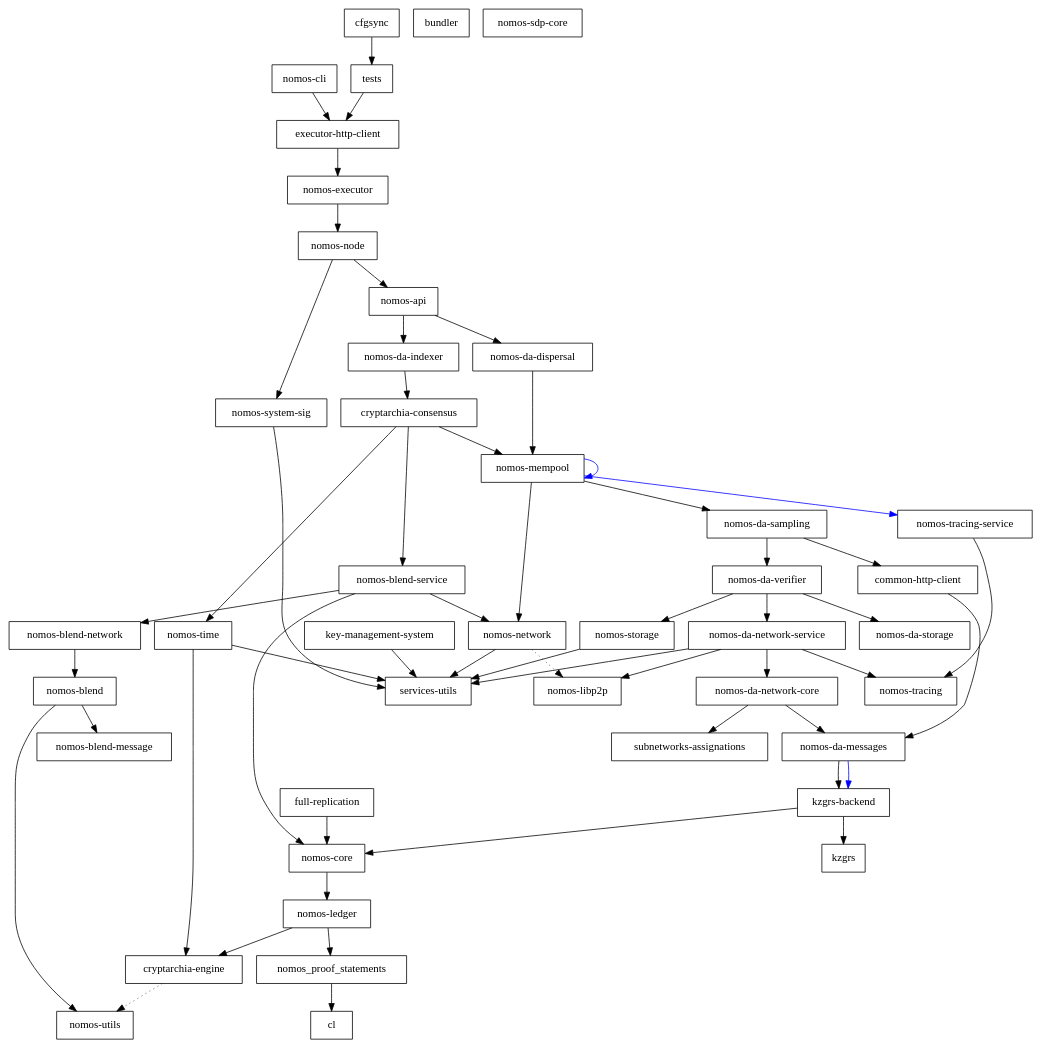
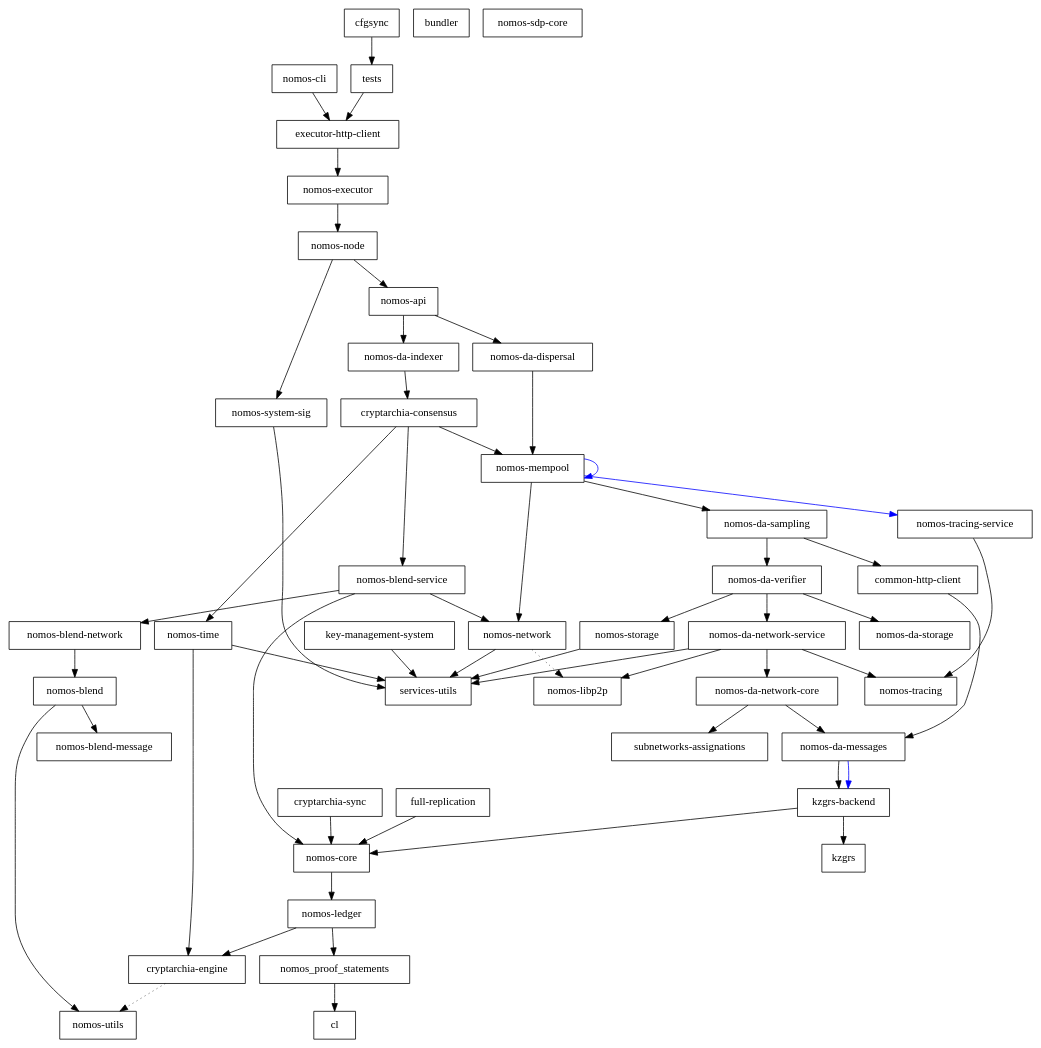
The diagram in dependencies_graph.dot (logos-co/nomos), drawn with Graphviz before and after one commit. The commit also changed 5 other files, not shown here.

Commit message:
feat(sync): add core algorithm

```diff
--- a/dependencies_graph.dot
+++ b/dependencies_graph.dot
@@ -1,99 +1,101 @@
 digraph {
     0 [ label = "common-http-client" shape = box]
     1 [ label = "nomos-core" shape = box]
     2 [ label = "cl" shape = box]
     3 [ label = "cryptarchia-engine" shape = box]
     4 [ label = "nomos-utils" shape = box]
     5 [ label = "nomos-ledger" shape = box]
     6 [ label = "nomos_proof_statements" shape = box]
     7 [ label = "nomos-da-messages" shape = box]
     8 [ label = "kzgrs-backend" shape = box]
     9 [ label = "kzgrs" shape = box]
     10 [ label = "executor-http-client" shape = box]
     11 [ label = "nomos-executor" shape = box]
     12 [ label = "nomos-api" shape = box]
     13 [ label = "cryptarchia-consensus" shape = box]
     14 [ label = "nomos-blend-service" shape = box]
     15 [ label = "nomos-blend" shape = box]
     16 [ label = "nomos-blend-message" shape = box]
     17 [ label = "nomos-blend-network" shape = box]
     18 [ label = "nomos-libp2p" shape = box]
     19 [ label = "nomos-network" shape = box]
     20 [ label = "services-utils" shape = box]
     21 [ label = "nomos-da-sampling" shape = box]
     22 [ label = "nomos-da-network-core" shape = box]
     23 [ label = "subnetworks-assignations" shape = box]
     24 [ label = "nomos-da-network-service" shape = box]
     25 [ label = "nomos-tracing" shape = box]
     26 [ label = "nomos-da-storage" shape = box]
     27 [ label = "nomos-da-verifier" shape = box]
     28 [ label = "nomos-storage" shape = box]
     29 [ label = "nomos-mempool" shape = box]
     30 [ label = "nomos-tracing-service" shape = box]
     31 [ label = "nomos-time" shape = box]
     32 [ label = "nomos-da-dispersal" shape = box]
     33 [ label = "nomos-da-indexer" shape = box]
     34 [ label = "nomos-node" shape = box]
     35 [ label = "nomos-system-sig" shape = box]
-    36 [ label = "bundler" shape = box]
-    37 [ label = "nomos-cli" shape = box]
-    38 [ label = "full-replication" shape = box]
-    39 [ label = "nomos-sdp-core" shape = box]
-    40 [ label = "key-management-system" shape = box]
-    41 [ label = "cfgsync" shape = box]
-    42 [ label = "tests" shape = box]
+    36 [ label = "cryptarchia-sync" shape = box]
+    37 [ label = "bundler" shape = box]
+    38 [ label = "nomos-cli" shape = box]
+    39 [ label = "full-replication" shape = box]
+    40 [ label = "nomos-sdp-core" shape = box]
+    41 [ label = "key-management-system" shape = box]
+    42 [ label = "cfgsync" shape = box]
+    43 [ label = "tests" shape = box]
     0 -> 7 [ ]
     1 -> 5 [ ]
     3 -> 4 [ style = dotted]
     5 -> 3 [ ]
     5 -> 6 [ ]
     6 -> 2 [ ]
     7 -> 8 [ ]
     7 -> 8 [ color = blue]
     8 -> 9 [ ]
     8 -> 1 [ ]
     10 -> 11 [ ]
     11 -> 34 [ ]
     12 -> 32 [ ]
     12 -> 33 [ ]
     13 -> 14 [ ]
     13 -> 29 [ ]
     13 -> 31 [ ]
     14 -> 17 [ ]
     14 -> 1 [ ]
     14 -> 19 [ ]
     15 -> 16 [ ]
     15 -> 4 [ ]
     17 -> 15 [ ]
     19 -> 18 [ style = dotted]
     19 -> 20 [ ]
     21 -> 0 [ ]
     21 -> 27 [ ]
     22 -> 7 [ ]
     22 -> 23 [ ]
     24 -> 22 [ ]
     24 -> 18 [ ]
     24 -> 25 [ ]
     24 -> 20 [ ]
     27 -> 24 [ ]
     27 -> 26 [ ]
     27 -> 28 [ ]
     28 -> 20 [ ]
     29 -> 21 [ ]
     29 -> 29 [ color = blue]
     29 -> 19 [ ]
     29 -> 30 [ color = blue]
     30 -> 25 [ ]
     31 -> 3 [ ]
     31 -> 20 [ ]
     32 -> 29 [ ]
     33 -> 13 [ ]
     34 -> 12 [ ]
     34 -> 35 [ ]
     35 -> 20 [ ]
-    37 -> 10 [ ]
-    38 -> 1 [ ]
-    40 -> 20 [ ]
-    41 -> 42 [ ]
-    42 -> 10 [ ]
+    36 -> 1 [ ]
+    38 -> 10 [ ]
+    39 -> 1 [ ]
+    41 -> 20 [ ]
+    42 -> 43 [ ]
+    43 -> 10 [ ]
 }
```
